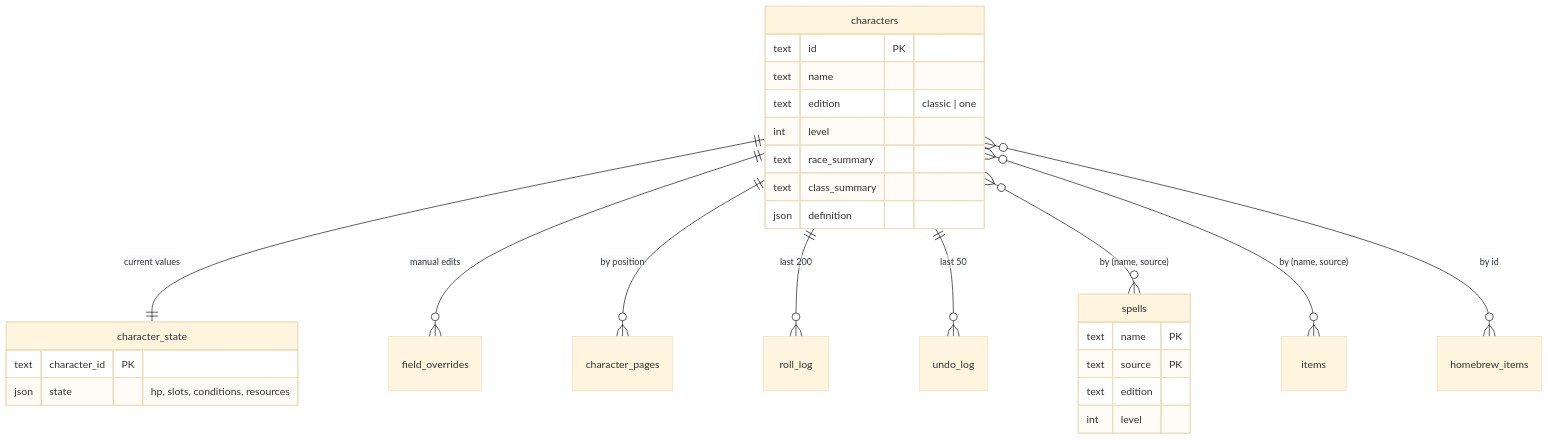
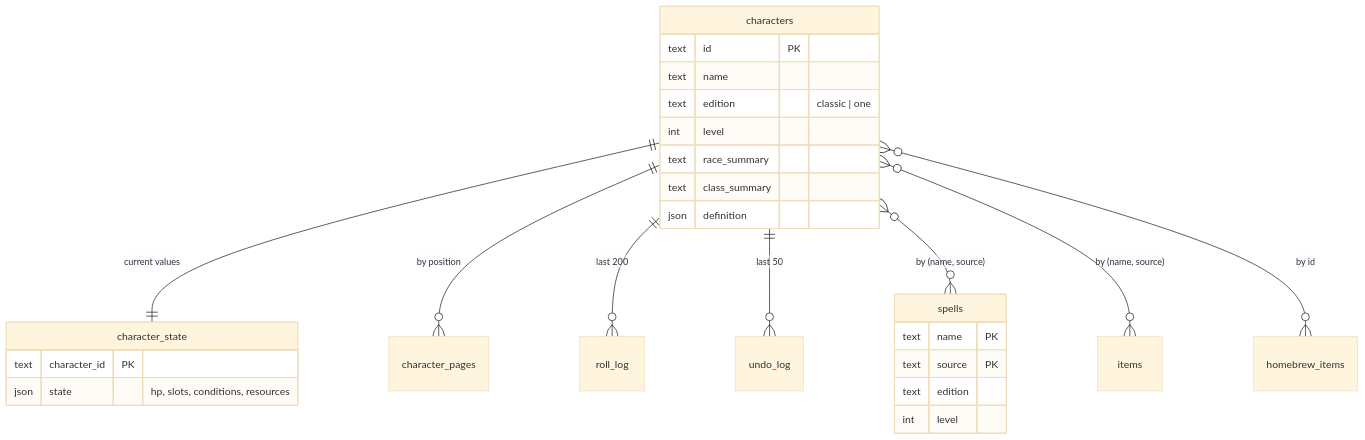
Before and after one commit to dean-matt/local-dnd-character-sheet: the diagram in docs/data-model.md, drawn with Mermaid (base theme). The commit also changed other lines of this file and 14 other files, not shown here.

First line of the commit message:
feat(character): hold an override in the definition and drop field_overrides (#533)

````diff
--- a/docs/data-model.md
+++ b/docs/data-model.md
@@ -12,31 +12,30 @@
 ```mermaid
 erDiagram
     characters ||--|| character_state : "current values"
-    characters ||--o{ field_overrides : "manual edits"
     characters ||--o{ character_pages : "by position"
     characters ||--o{ roll_log : "last 200"
     characters ||--o{ undo_log : "last 50"
     characters }o--o{ spells : "by (name, source)"
     characters }o--o{ items : "by (name, source)"
     characters }o--o{ homebrew_items : "by id"
 
     characters {
         text id PK
         text name
         text edition "classic | one"
         int  level
         text race_summary
         text class_summary
         json definition
     }
     character_state {
         text character_id PK
         json state "hp, slots, conditions, resources"
     }
     spells {
         text name PK
         text source PK
         text edition
         int  level
     }
 ```
````
